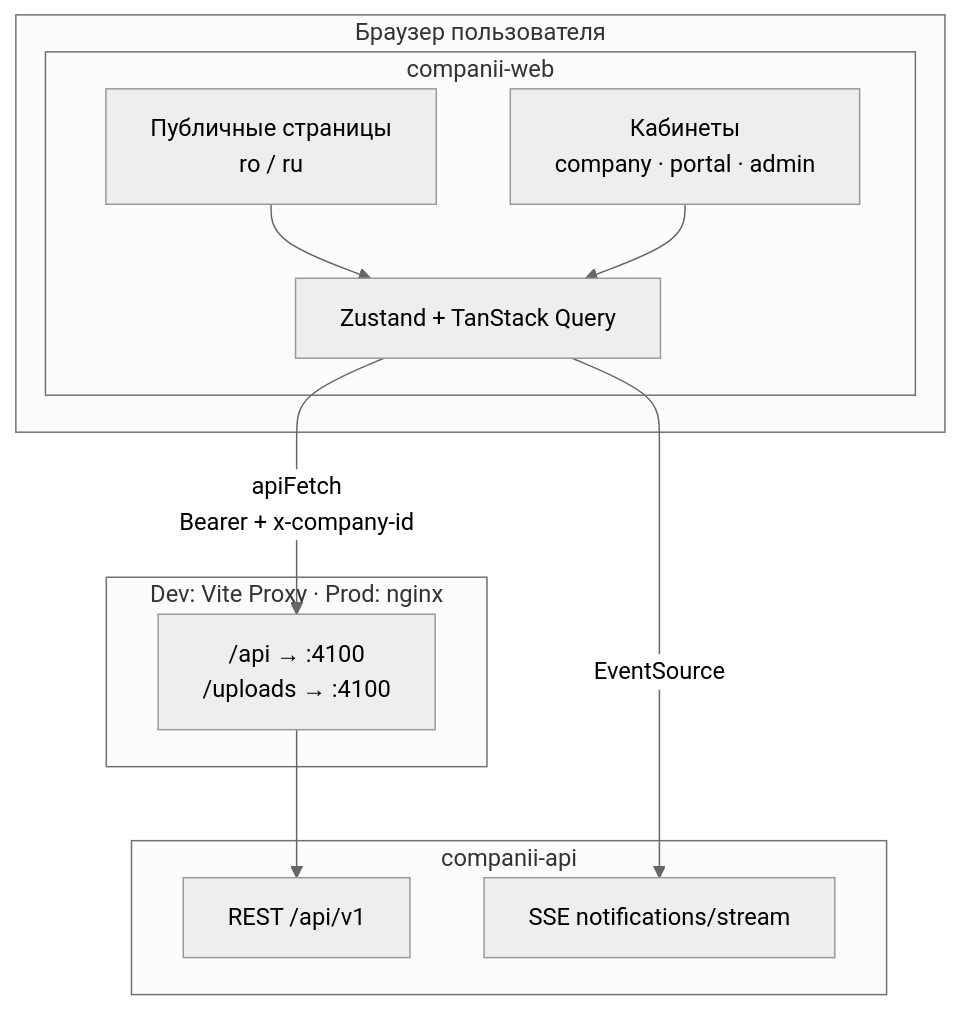
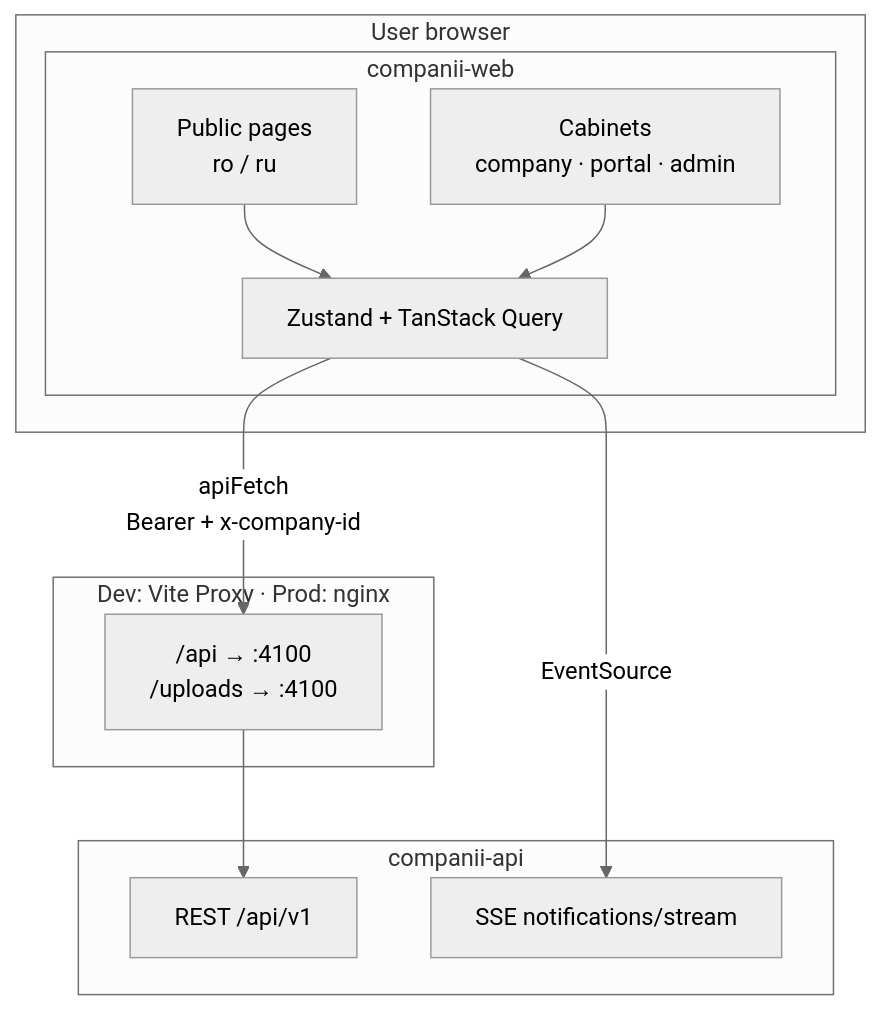
One commit to 1GoodCod1/companii-web changed the first of 11 diagrams in README.md. Above: the diagram before and after it, drawn with Mermaid (neutral theme). The commit also changed other lines of this file and 5 other files, not shown here.

````diff
--- a/README.md
+++ b/README.md
@@ -37,25 +39,25 @@
 ```mermaid
 flowchart TB
-    subgraph Browser["Браузер пользователя"]
+    subgraph Browser["User browser"]
         subgraph WEB["companii-web"]
-            PUB["Публичные страницы<br/>ro / ru"]
-            CAB["Кабинеты<br/>company · portal · admin"]
+            PUB["Public pages<br/>ro / ru"]
+            CAB["Cabinets<br/>company · portal · admin"]
             STATE["Zustand + TanStack Query"]
         end
     end
 
     subgraph Proxy["Dev: Vite Proxy · Prod: nginx"]
         PX["/api → :4100<br/>/uploads → :4100"]
     end
 
     subgraph API["companii-api"]
         REST["REST /api/v1"]
         SSE["SSE notifications/stream"]
     end
 
     PUB --> STATE
     CAB --> STATE
     STATE -->|"apiFetch<br/>Bearer + x-company-id"| PX
-  PX --> REST
+    PX --> REST
     STATE -->|"EventSource"| SSE
 ```
````
